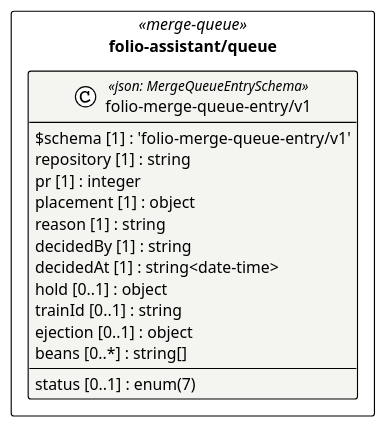
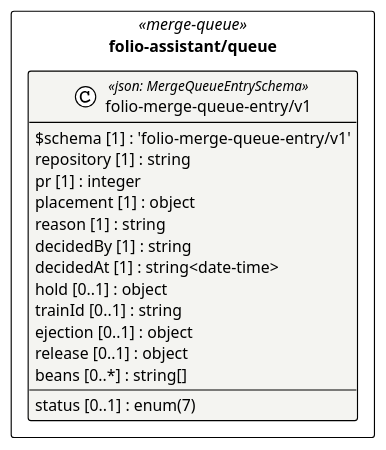
Before and after one commit to litlfred/folio-assistant: the diagram in cat-harness/uml/overview/folio-assistant/queue.puml, drawn with PlantUML. The commit also changed 27 other files, not shown here.

```diff
--- a/cat-harness/uml/overview/folio-assistant/queue.puml
+++ b/cat-harness/uml/overview/folio-assistant/queue.puml
@@ -3,26 +3,27 @@
 @startuml folio_assistant_queue
 !pragma layout elk
 !theme plain
 skinparam classAttributeIconSize 0
 skinparam shadowing false
 skinparam packageStyle rectangle
 hide empty methods
 
 package "folio-assistant/queue" as pkg_folio_assistant_queue <<merge-queue>> {
   class "folio-merge-queue-entry/v1" as folio_assistant_queue_folio_merge_queue_entry_v1_folio_merge_queue_entry_v1 <<json: MergeQueueEntrySchema>> #f4f4f1 {
     $schema [1] : 'folio-merge-queue-entry/v1'
     repository [1] : string
     pr [1] : integer
     placement [1] : object
     reason [1] : string
     decidedBy [1] : string
     decidedAt [1] : string<date-time>
     hold [0..1] : object
     trainId [0..1] : string
     ejection [0..1] : object
+    release [0..1] : object
     status [0..1] : enum(7)
     beans [0..*] : string[]
   }
 }
 
 @enduml
```
